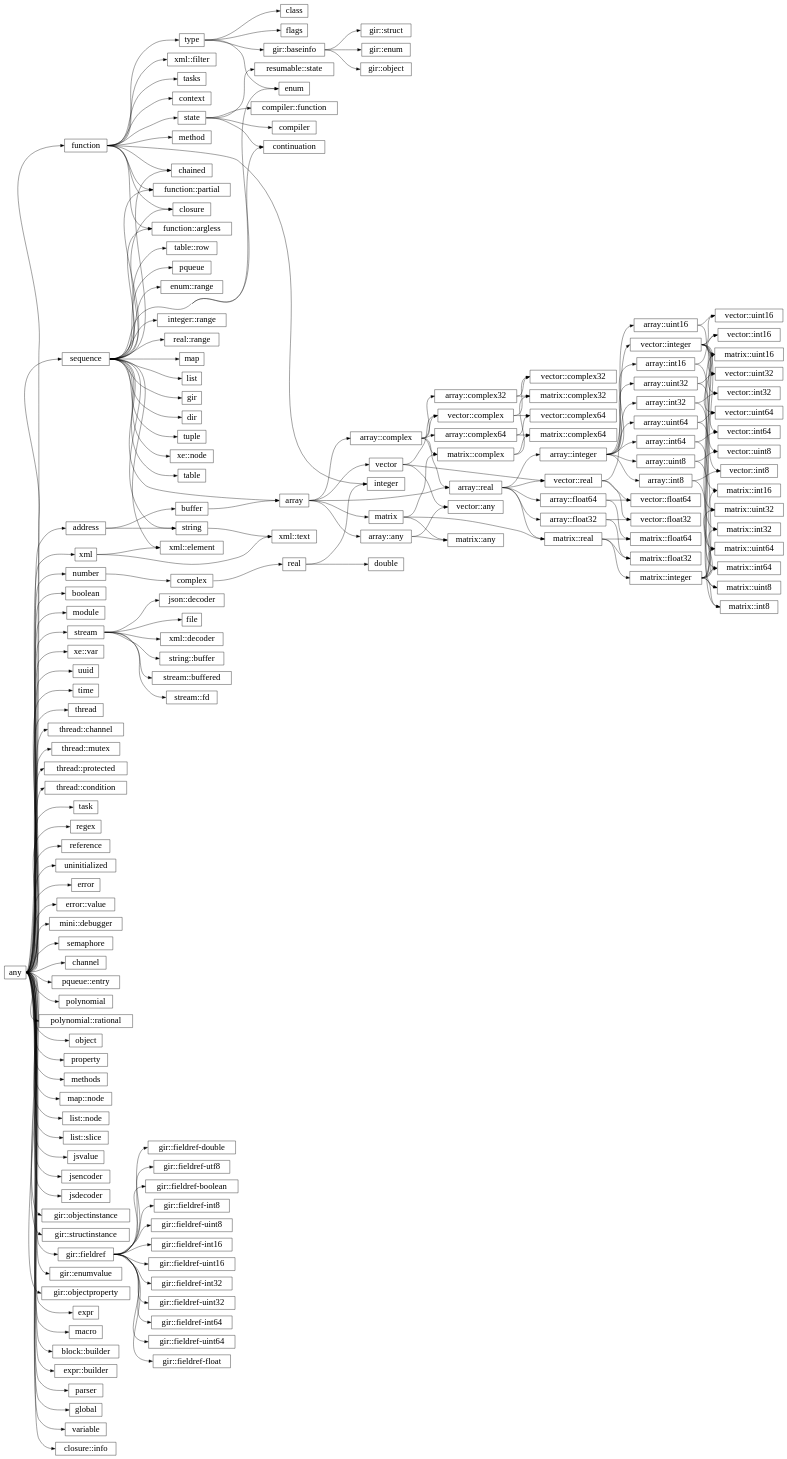
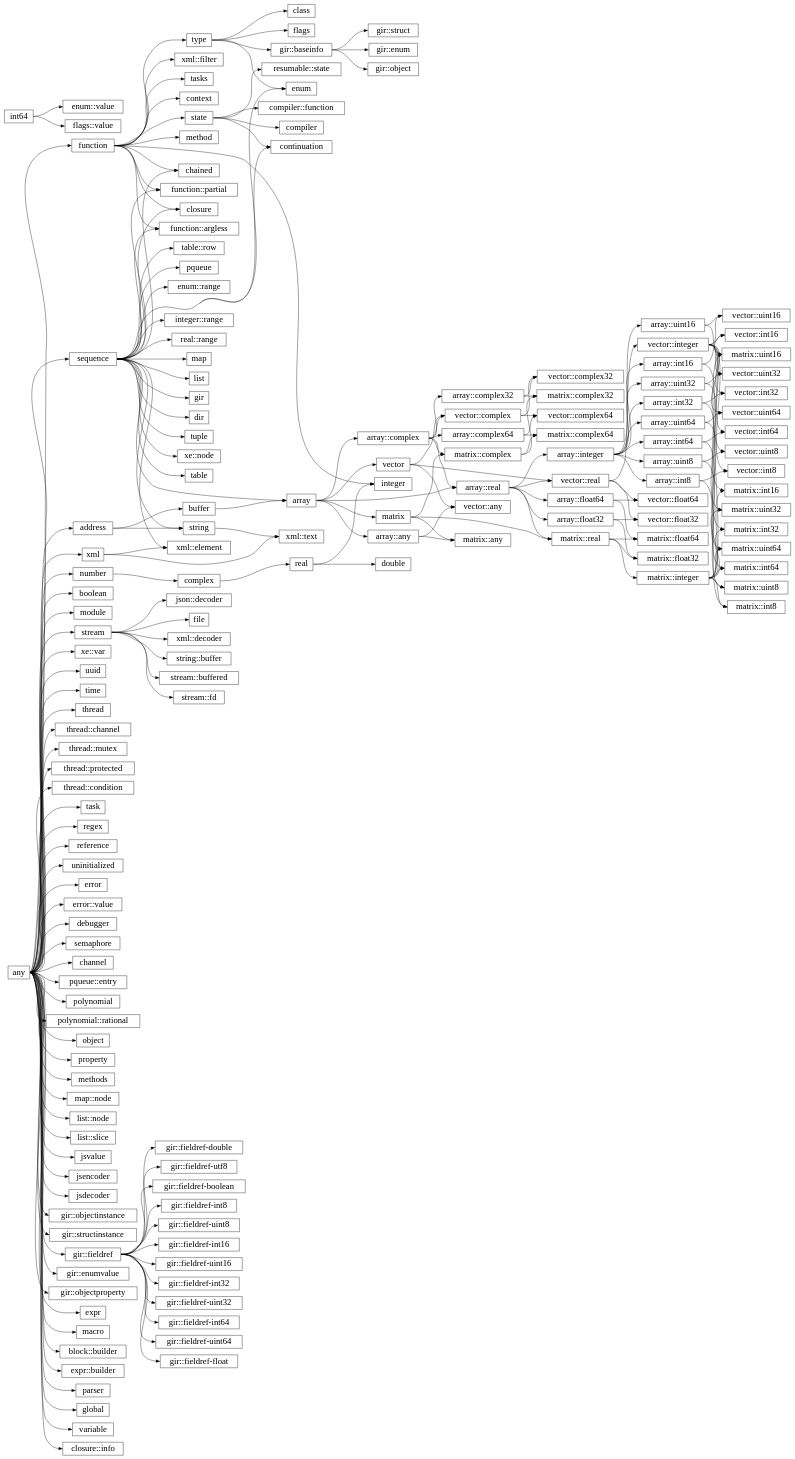
The diagram in docs/library/hierarchy.rst (wrapl/minilang), drawn with Graphviz before and after one commit. The commit also changed 12 other files, not shown here.

```diff
--- a/docs/library/hierarchy.rst
+++ b/docs/library/hierarchy.rst
@@ -60,7 +60,7 @@
       "any":e -> "uninitialized":w;
       "any":e -> "error":w;
       "any":e -> "error::value":w;
-      "any":e -> "mini::debugger":w;
+      "any":e -> "debugger":w;
       "any":e -> "semaphore":w;
       "any":e -> "channel":w;
       "any":e -> "pqueue::entry":w;
@@ -70,10 +70,12 @@
       "any":e -> "object":w;
       "type":e -> "class":w;
       "any":e -> "property":w;
+      "int64":e -> "enum::value":w;
       "type":e -> "enum":w;
       "sequence":e -> "enum":w;
       "sequence":e -> "enum::range":w;
       "type":e -> "flags":w;
+      "int64":e -> "flags::value":w;
       "any":e -> "number":w;
       "number":e -> "complex":w;
       "complex":e -> "real":w;
```
